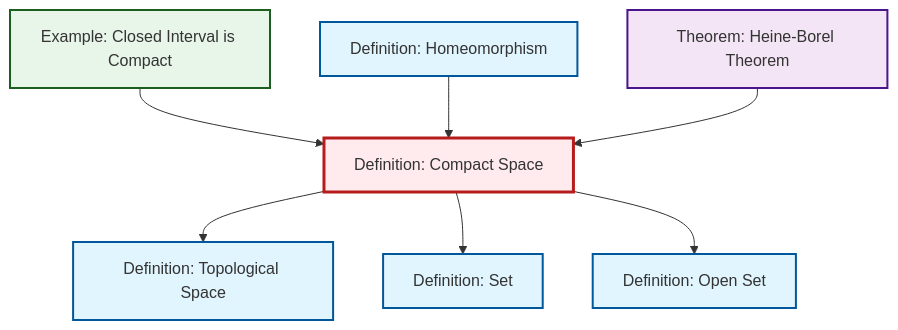
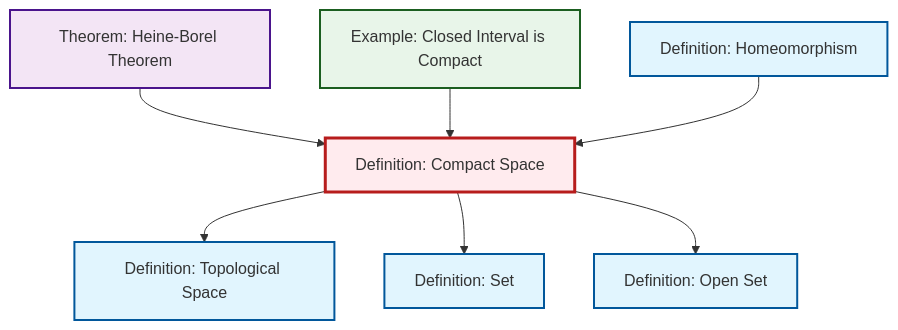
Before and after one commit to RK0429/ModernMath: the diagram in content/en/topology/def-compact.qmd, drawn with Mermaid. The commit also changed other lines of this file and 634 other files, not shown here.

````diff
--- a/content/en/topology/def-compact.qmd
+++ b/content/en/topology/def-compact.qmd
@@ -48,29 +48,29 @@
 ```{mermaid}
 %%| fig-cap: "Local dependency graph"
 graph TD
     classDef definition fill:#e1f5fe,stroke:#01579b,stroke-width:2px
     classDef theorem fill:#f3e5f5,stroke:#4a148c,stroke-width:2px
     classDef axiom fill:#fff3e0,stroke:#e65100,stroke-width:2px
     classDef example fill:#e8f5e9,stroke:#1b5e20,stroke-width:2px
     classDef current fill:#ffebee,stroke:#b71c1c,stroke-width:3px
+    def-homeomorphism["Definition: Homeomorphism"]:::definition
+    def-compact["Definition: Compact Space"]:::definition
     ex-closed-interval-compact["Example: Closed Interval is Compact"]:::example
-    def-compact["Definition: Compact Space"]:::definition
+    thm-heine-borel["Theorem: Heine-Borel Theorem"]:::theorem
+    def-topological-space["Definition: Topological Space"]:::definition
+    def-set["Definition: Set"]:::definition
     def-open-set["Definition: Open Set"]:::definition
-    def-set["Definition: Set"]:::definition
-    def-topological-space["Definition: Topological Space"]:::definition
-    def-homeomorphism["Definition: Homeomorphism"]:::definition
-    thm-heine-borel["Theorem: Heine-Borel Theorem"]:::theorem
     def-compact --> def-topological-space
     def-compact --> def-set
+    thm-heine-borel --> def-compact
+    ex-closed-interval-compact --> def-compact
     def-compact --> def-open-set
-    ex-closed-interval-compact --> def-compact
     def-homeomorphism --> def-compact
-    thm-heine-borel --> def-compact
     class def-compact current
+    click def-homeomorphism "def-homeomorphism.html" "Go to Homeomorphism definition"
     click ex-closed-interval-compact "ex-closed-interval-compact.html" "Go to Closed Interval is Compact example"
+    click thm-heine-borel "thm-heine-borel.html" "Go to Heine-Borel Theorem theorem"
+    click def-topological-space "def-topological-space.html" "Go to Topological Space definition"
+    click def-set "def-set.html" "Go to Set definition"
     click def-open-set "def-open-set.html" "Go to Open Set definition"
-    click def-set "def-set.html" "Go to Set definition"
-    click def-topological-space "def-topological-space.html" "Go to Topological Space definition"
-    click def-homeomorphism "def-homeomorphism.html" "Go to Homeomorphism definition"
-    click thm-heine-borel "thm-heine-borel.html" "Go to Heine-Borel Theorem theorem"
 ```
````
